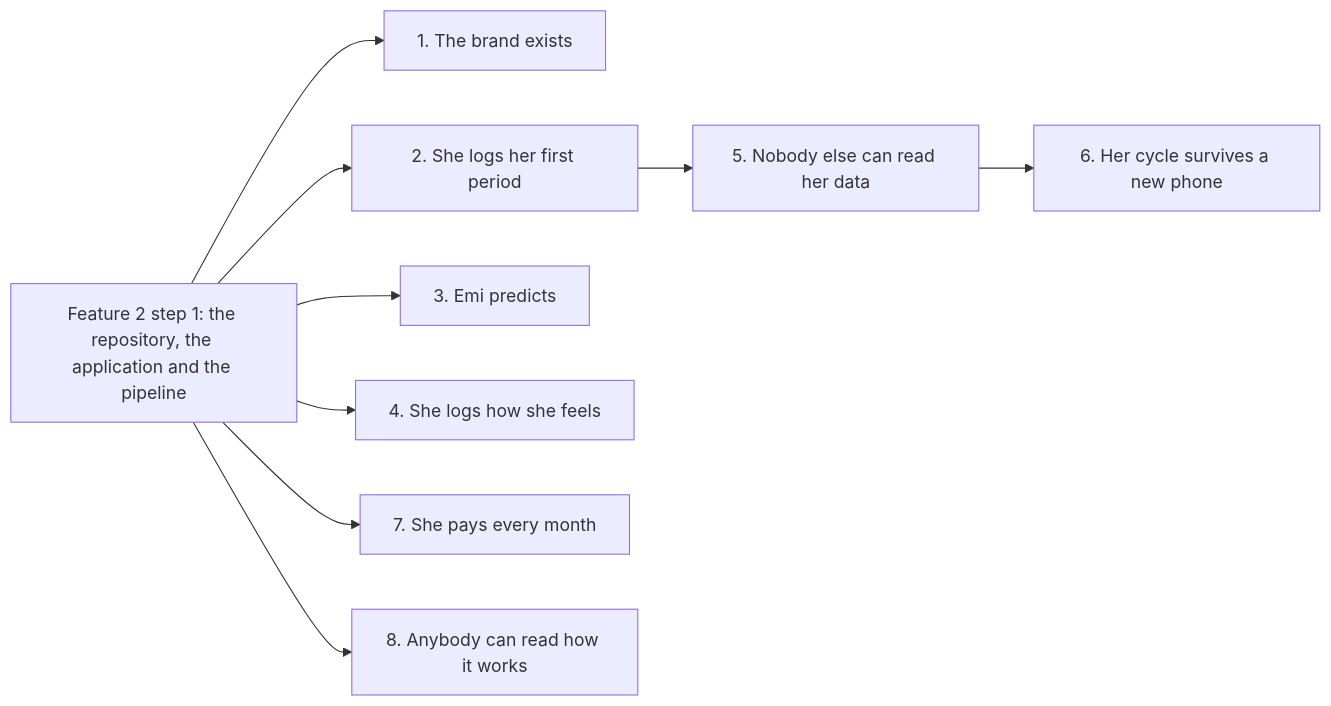
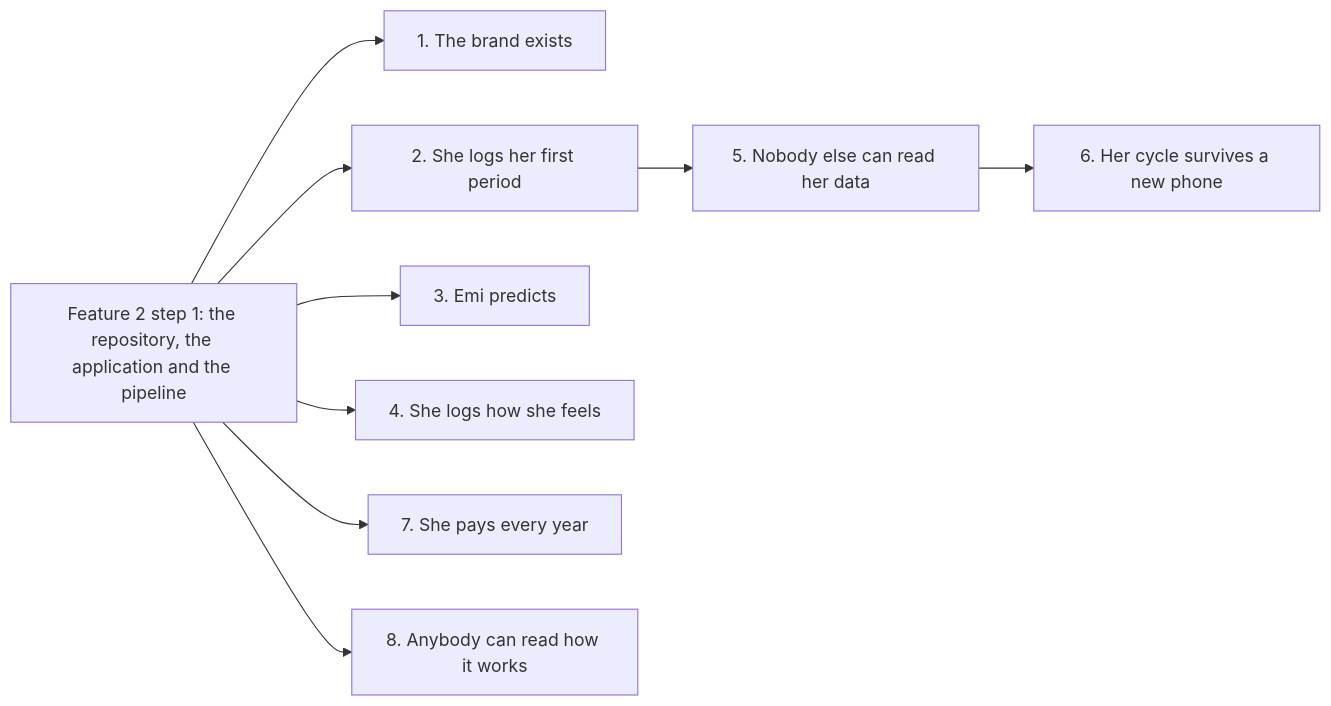
The diagram in docs/features.md (atlantic-blue/emi), drawn with Mermaid before and after one commit. The commit also changed other lines of this file and 44 other files, not shown here.

````diff
--- a/docs/features.md
+++ b/docs/features.md
@@ -27,12 +27,12 @@
 ```mermaid
 flowchart LR
   S["Feature 2 step 1: the repository, the application and the pipeline"]
   S --> F1["1. The brand exists"]
   S --> F2["2. She logs her first period"]
   S --> F3["3. Emi predicts"]
   S --> F4["4. She logs how she feels"]
-  S --> F7["7. She pays every month"]
+  S --> F7["7. She pays every year"]
   S --> F8["8. Anybody can read how it works"]
   F2 --> F5["5. Nobody else can read her data"]
   F5 --> F6["6. Her cycle survives a new phone"]
 ```
````
